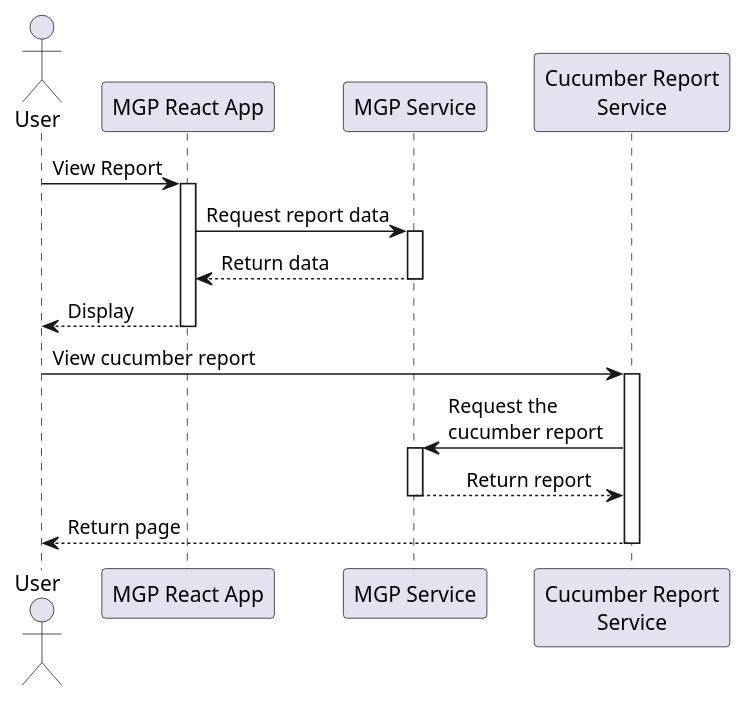
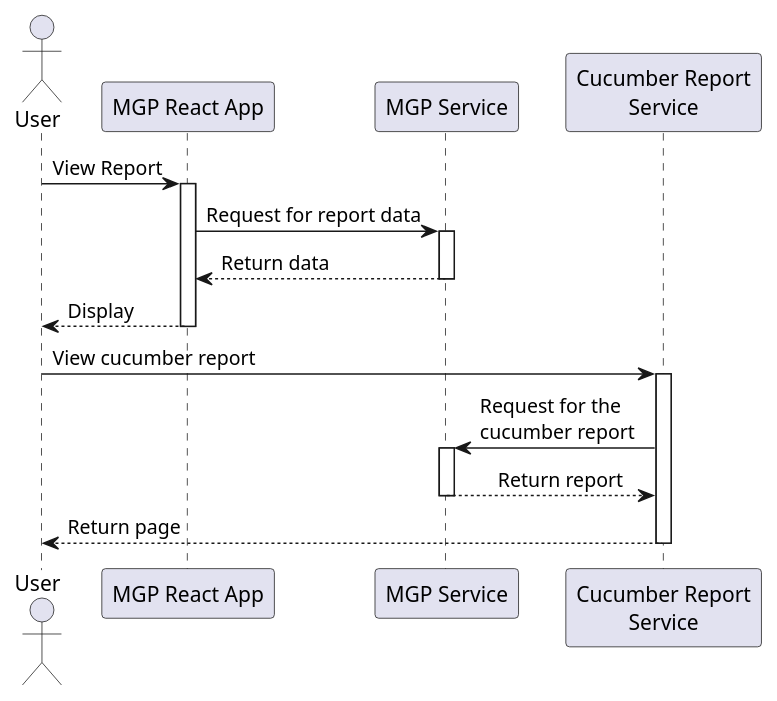
One commit to b4456609/mgp-back changed the diagram in diagram/sequence/cucumberReport.puml. Above: the diagram before and after it, drawn with PlantUML.

```diff
--- a/diagram/sequence/cucumberReport.puml
+++ b/diagram/sequence/cucumberReport.puml
@@ -1,34 +1,32 @@
 @startuml
 actor User
 participant "MGP React App" as A
 participant "MGP Service" as B
 participant "Cucumber Report\nService" as C
 
 User -> A: View Report
 activate A
 
-A -> B: Request report data
+A -> B: Request for report data
 activate B
 
 
 B --> A: Return data
 deactivate B
 
 A --> User: Display
 deactivate A
 
 
 User -> C: View cucumber report
 activate C
 
-C -> B: Request the \ncucumber report
+C -> B: Request for the \ncucumber report
 activate B
 
 
 B --> C: \tReturn report
 deactivate B
 C --> User: Return page
 deactivate C
-
-
 @enduml
```
